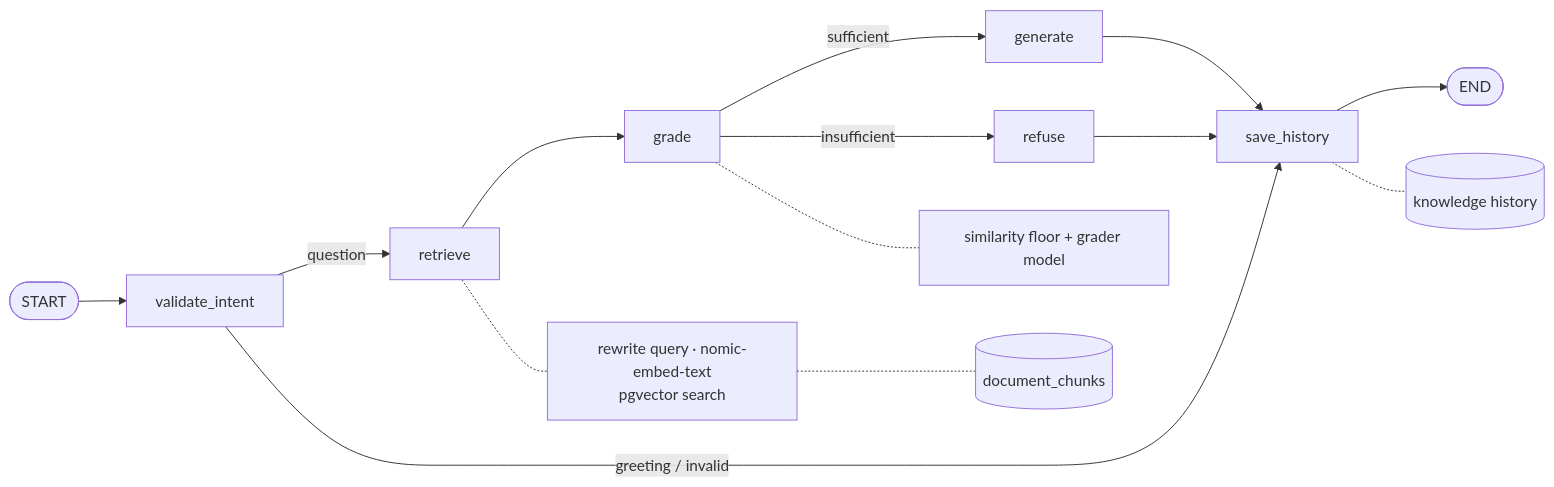
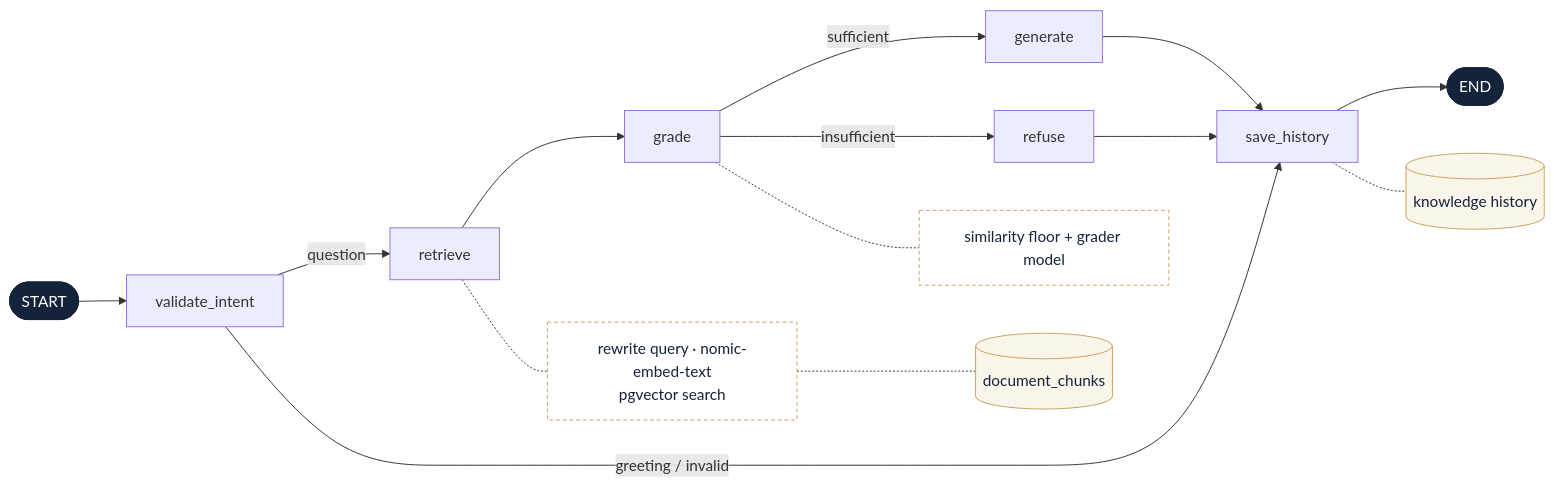
Before and after one commit to CardozoEIA/trading_simulator: the ninth of 9 diagrams in docs/agents.md, drawn with Mermaid. The commit also changed other lines of this file and 8 other files, not shown here.

First line of the commit message:
docs(agents): export every per-agent diagram with its tools

````diff
--- a/docs/agents.md
+++ b/docs/agents.md
@@ -188,15 +292,23 @@
 ```mermaid
 flowchart LR
     S([START]) --> VI[validate_intent]
     VI -->|question| RE[retrieve]
     VI -->|greeting / invalid| SH[save_history]
     RE --> GR[grade]
     GR -->|sufficient| GE[generate]
     GR -->|insufficient| RF[refuse]
     GE & RF --> SH
     SH --> E([END])
 
     RE -.- r[rewrite query · nomic-embed-text<br/>pgvector search] -.- d[(document_chunks)]
     GR -.- g[similarity floor + grader model]
     SH -.- h[(knowledge history)]
+
+    classDef io fill:#13233a,stroke:#13233a,color:#ffffff
+    classDef tool fill:#ffffff,stroke:#c9a15c,stroke-dasharray:4 3,color:#13233a
+    classDef data fill:#fbf6ec,stroke:#c9a15c,color:#13233a
+    classDef subflow fill:#e4ecf8,stroke:#2f63ad,stroke-width:2px,color:#13233a
+    class S,E io
+    class r,g tool
+    class d,h data
 ```
````
